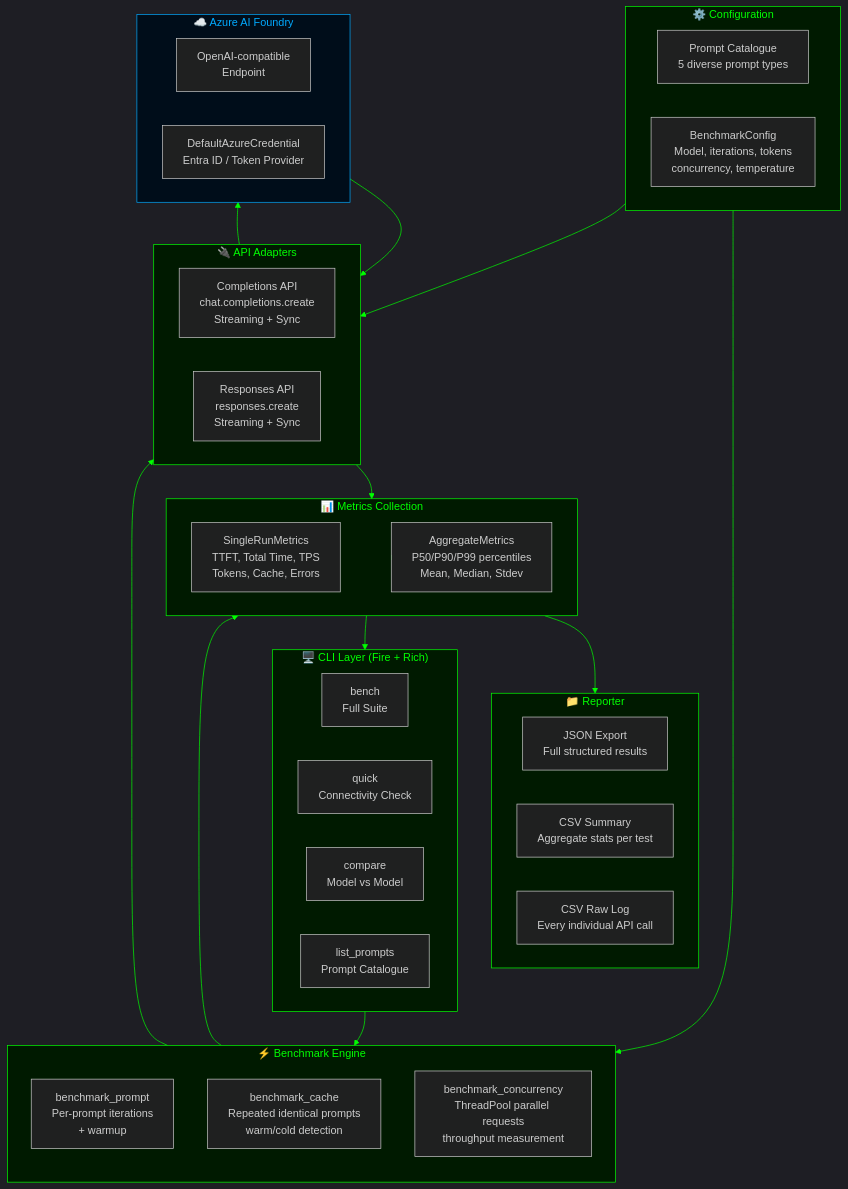
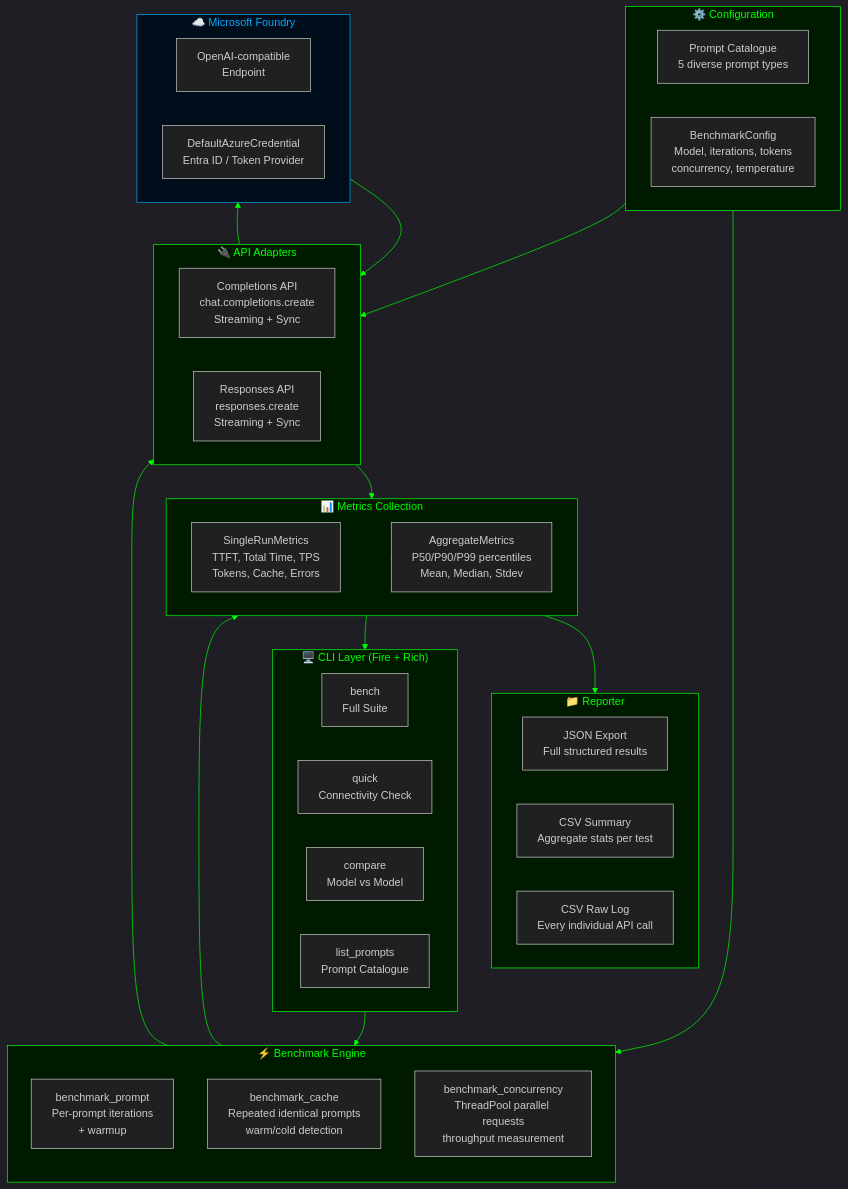
Before and after one commit to cpich3g/MS-Foundry-Speedtest: the diagram in docs/architecture.mmd, drawn with Mermaid. The commit also changed 4 other files, not shown here.

Commit message:
Update branding: Azure AI Foundry -> Microsoft Foundry

```diff
--- a/docs/architecture.mmd
+++ b/docs/architecture.mmd
@@ -1,68 +1,68 @@
 %%{ init: { 'theme': 'dark', 'themeVariables': { 'primaryColor': '#00ff00', 'lineColor': '#00ff00' } } }%%
 
 graph TB
     subgraph CLI["🖥️ CLI Layer (Fire + Rich)"]
         direction LR
         BENCH["bench\nFull Suite"]
         QUICK["quick\nConnectivity Check"]
         COMPARE["compare\nModel vs Model"]
         LIST["list_prompts\nPrompt Catalogue"]
     end
 
     subgraph ENGINE["⚡ Benchmark Engine"]
         direction TB
         BP["benchmark_prompt\nPer-prompt iterations\n+ warmup"]
         BC["benchmark_cache\nRepeated identical prompts\nwarm/cold detection"]
         BCON["benchmark_concurrency\nThreadPool parallel requests\nthroughput measurement"]
     end
 
     subgraph ADAPTERS["🔌 API Adapters"]
         direction LR
         COMP["Completions API\nchat.completions.create\nStreaming + Sync"]
         RESP["Responses API\nresponses.create\nStreaming + Sync"]
     end
 
     subgraph METRICS["📊 Metrics Collection"]
         direction LR
         SINGLE["SingleRunMetrics\nTTFT, Total Time, TPS\nTokens, Cache, Errors"]
         AGG["AggregateMetrics\nP50/P90/P99 percentiles\nMean, Median, Stdev"]
     end
 
     subgraph REPORTING["📁 Reporter"]
         direction LR
         JSON["JSON Export\nFull structured results"]
         CSV["CSV Summary\nAggregate stats per test"]
         RAW["CSV Raw Log\nEvery individual API call"]
     end
 
     subgraph CONFIG["⚙️ Configuration"]
         direction LR
         PROMPTS["Prompt Catalogue\n5 diverse prompt types"]
         BCFG["BenchmarkConfig\nModel, iterations, tokens\nconcurrency, temperature"]
     end
 
-    subgraph AZURE["☁️ Azure AI Foundry"]
+    subgraph AZURE["☁️ Microsoft Foundry"]
         direction LR
         ENDPOINT["OpenAI-compatible\nEndpoint"]
         AUTH["DefaultAzureCredential\nEntra ID / Token Provider"]
     end
 
     CLI --> ENGINE
     ENGINE --> ADAPTERS
     ADAPTERS --> METRICS
     ENGINE --> METRICS
     METRICS --> AGG
     AGG --> REPORTING
     AGG --> CLI
     CONFIG --> ENGINE
     CONFIG --> ADAPTERS
     ADAPTERS --> AZURE
     AUTH --> ADAPTERS
 
     style CLI fill:#001a00,stroke:#00ff00,color:#00ff00
     style ENGINE fill:#001a00,stroke:#00ff00,color:#00ff00
     style ADAPTERS fill:#001a00,stroke:#00ff00,color:#00ff00
     style METRICS fill:#001a00,stroke:#00ff00,color:#00ff00
     style REPORTING fill:#001a00,stroke:#00ff00,color:#00ff00
     style CONFIG fill:#001a00,stroke:#00ff00,color:#00ff00
     style AZURE fill:#000d1a,stroke:#00aaff,color:#00aaff
```
